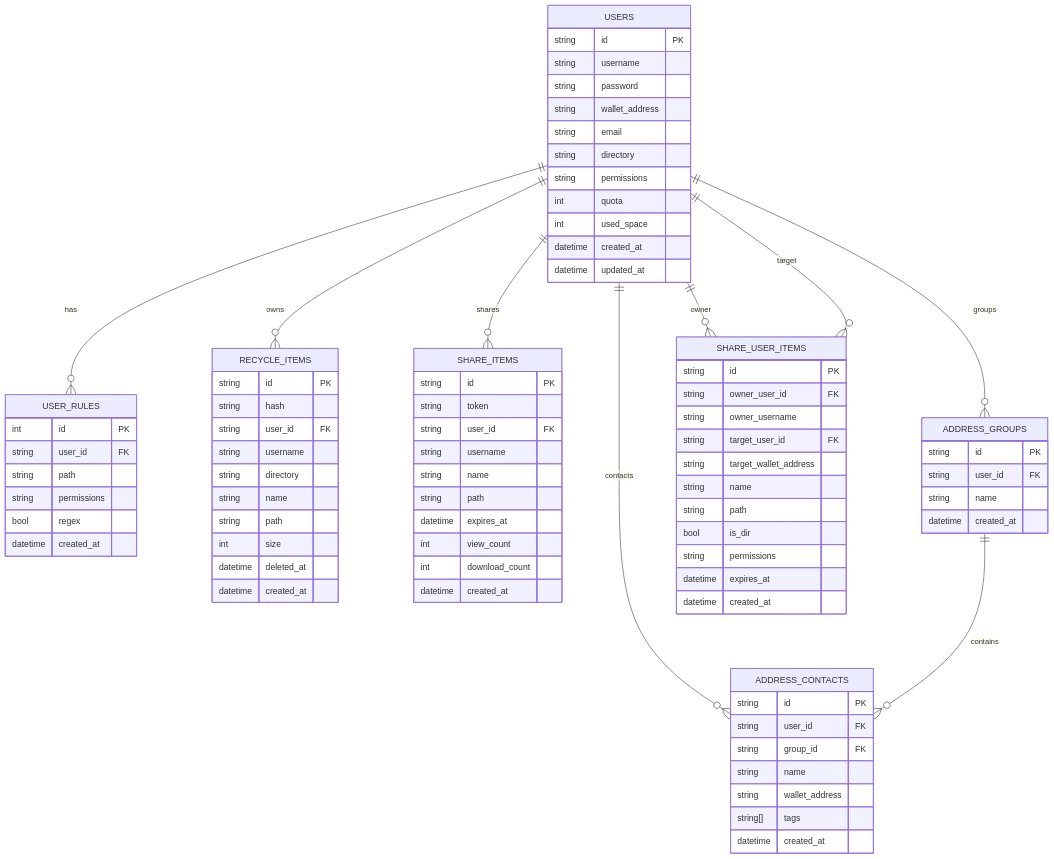
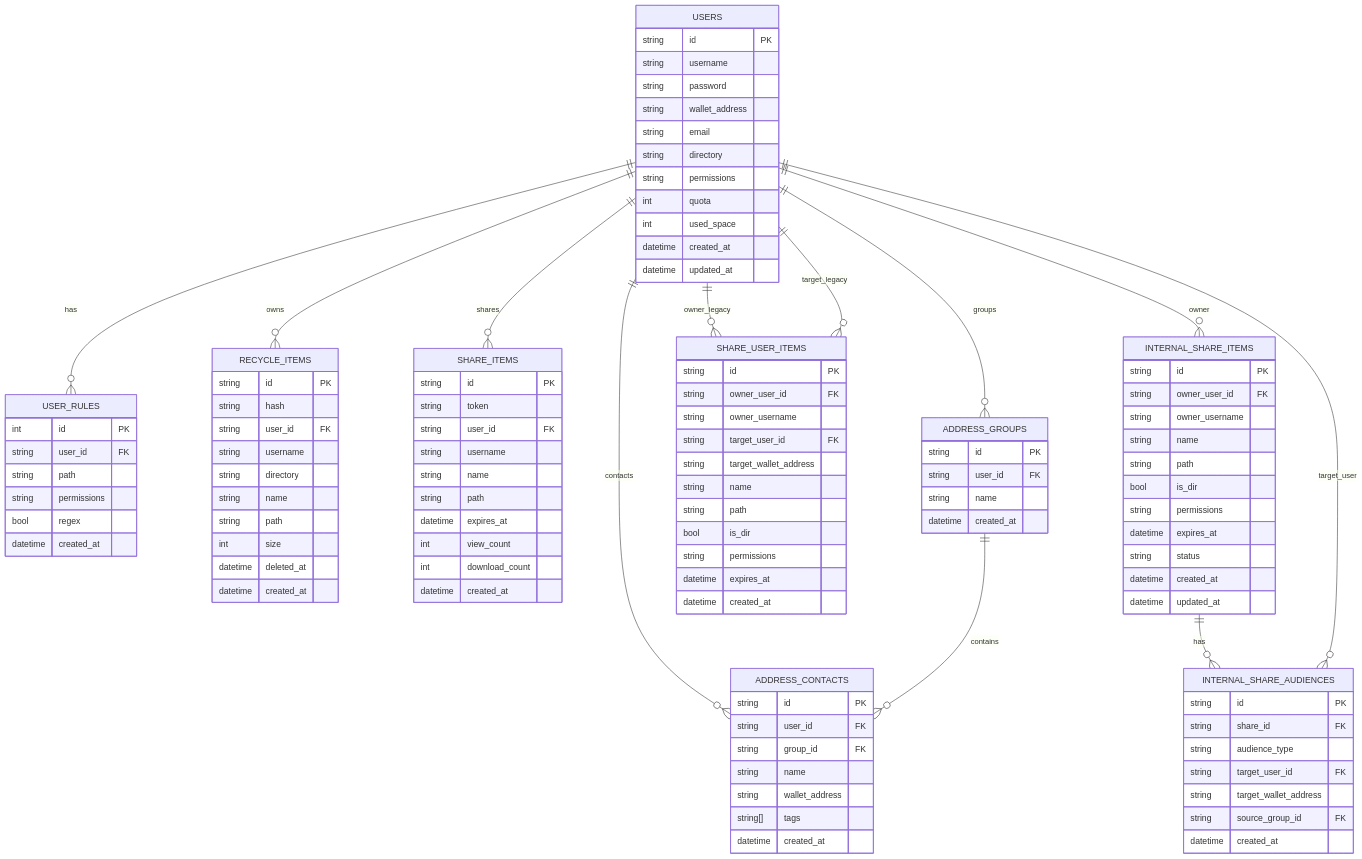
The diagram in docs/en/data-model.md (yeying-community/warehouse), drawn with Mermaid before and after one commit. The commit also changed other lines of this file and 15 other files, not shown here.

Commit message:
feat(share): support groups/all_users target modes and multi-group audiences

```diff
--- a/docs/en/data-model.md
+++ b/docs/en/data-model.md
@@ -13,8 +13,11 @@
     USERS ||--o{ ADDRESS_CONTACTS : contacts
     ADDRESS_GROUPS ||--o{ ADDRESS_CONTACTS : contains
 
-    USERS ||--o{ SHARE_USER_ITEMS : owner
-    USERS ||--o{ SHARE_USER_ITEMS : target
+    USERS ||--o{ SHARE_USER_ITEMS : owner_legacy
+    USERS ||--o{ SHARE_USER_ITEMS : target_legacy
+    USERS ||--o{ INTERNAL_SHARE_ITEMS : owner
+    INTERNAL_SHARE_ITEMS ||--o{ INTERNAL_SHARE_AUDIENCES : has
+    USERS ||--o{ INTERNAL_SHARE_AUDIENCES : target_user
 
     USERS {
         string id PK
@@ -79,6 +82,30 @@
         datetime created_at
     }
 
+    INTERNAL_SHARE_ITEMS {
+        string id PK
+        string owner_user_id FK
+        string owner_username
+        string name
+        string path
+        bool is_dir
+        string permissions
+        datetime expires_at
+        string status
+        datetime created_at
+        datetime updated_at
+    }
+
+    INTERNAL_SHARE_AUDIENCES {
+        string id PK
+        string share_id FK
+        string audience_type
+        string target_user_id FK
+        string target_wallet_address
+        string source_group_id FK
+        datetime created_at
+    }
+
     ADDRESS_GROUPS {
         string id PK
         string user_id FK
```
